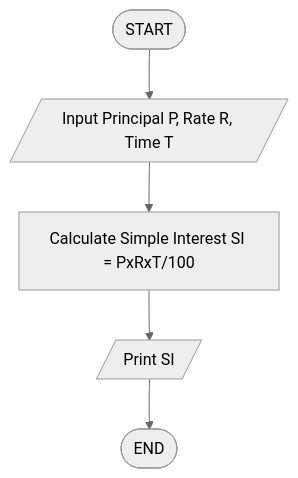
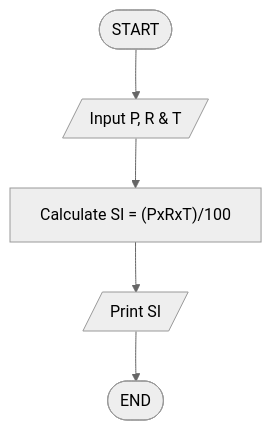
The third of 7 diagrams in FlowchartsAndPseudocodes/README.md (jayesh-shivlani/Java), drawn with Mermaid (neutral theme) before and after one commit. The commit also changed other lines of this file and 7 other files, not shown here.

Commit message:
Refactor Flowcharts and Pseudocodes: Update README for clarity, add Practice Questions, and reorganize content. Remove unused files for better structure.

````diff
--- a/FlowchartsAndPseudocodes/README.md
+++ b/FlowchartsAndPseudocodes/README.md
@@ -90,8 +91,8 @@
 ```mermaid
 graph TD
 
-A([START]) --> B[/Input Principal P, Rate R, Time T/]
-B --> C[Calculate Simple Interest SI = PxRxT/100]
+A([START]) --> B[/Input P, R & T/]
+B --> C["Calculate SI = (PxRxT)/100"]
 C --> D[/Print SI/]
 D --> E([END])
 ```
````
